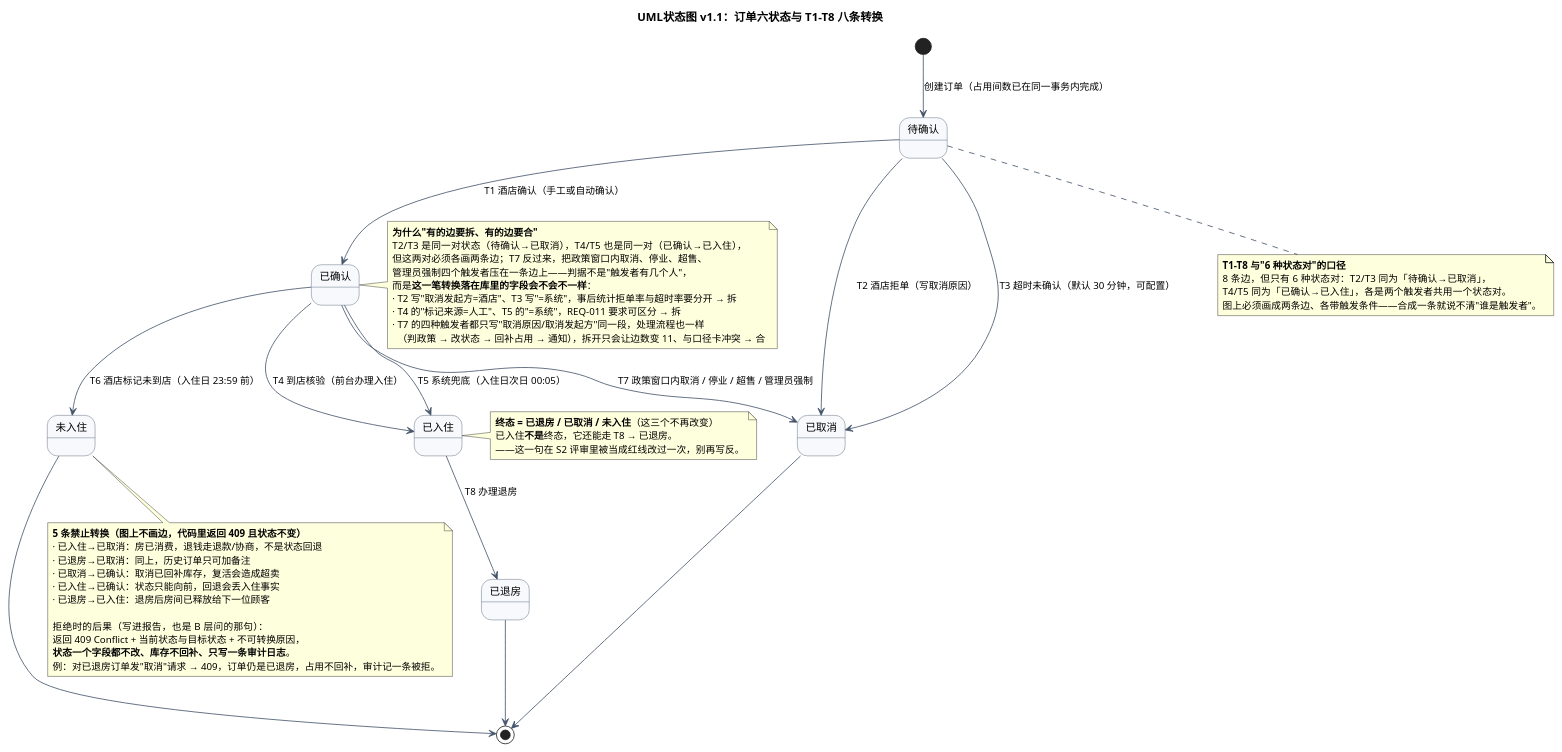
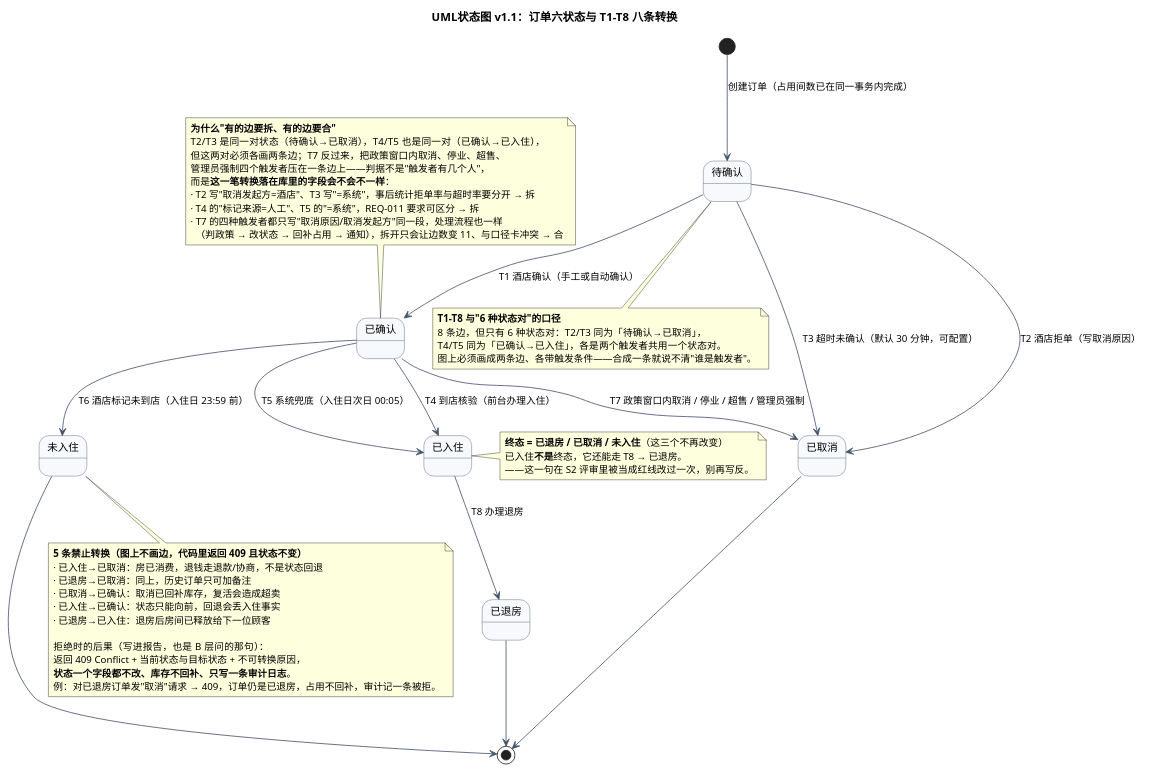
Before and after one commit to ChenYiFanAccount/softeng-lab1-requirements: the diagram in exp2/UML/UML状态图.puml, drawn with PlantUML. The commit also changed 1 other file, not shown here.

Commit message:
[S3-fix] 状态图元数据与版式对齐（版本行、注释位置、末尾换行、重渲染）
afb8ca2 只补了注释，四处元数据没跟上：文件头版本行还写着 v1.0，而标题
已经是 v1.1；note right of CONFIRMED 渲染后压住 T1 箭头和「6 种状态对」
注释；文件末尾缺换行；PNG 停留在 14:15 的旧渲染，图和源已经不一致。

本次只做这四件事，注释正文一字未改：版本行对齐 v1.1、note 改为
note top of CONFIRMED、补文件末尾换行、重渲染 PNG。
check.py --stage 3 复跑仍 20/20。

```diff
--- a/exp2/UML/UML状态图.puml
+++ b/exp2/UML/UML状态图.puml
@@ -1,83 +1,83 @@
 @startuml
-' 版本：v1.0（2026-11-12，S3 行为图 人工复核后补 T7 合并理由）
+' 版本：v1.1（2026-11-12，S3 行为图；人工复核后补 T7 合并理由）
 ' 口径来源：exp2/设计基线/01_术语与追溯.md §2（六状态字典 + T1–T8 + 5 条禁止转换）、
 '           exp2/设计基线/03_数据设计.md §2.6（订单状态字段）
 ' 硬约束：状态 = 6 个，带触发的转换边 = 8 条（T1–T8），与口径卡"8 条边 / 6 种状态对"逐条一致；
 '         5 条禁止转换画在注释里，不画成边——画成边就等于允许，评审会直接判红线。
 title UML状态图 v1.1：订单六状态与 T1–T8 八条转换
 
 skinparam shadowing false
 skinparam defaultFontSize 12
 skinparam ArrowColor #44546A
 skinparam state {
   BackgroundColor #F7F9FC
   BorderColor #44546A
   FontSize 13
 }
 
 state "待确认" as PENDING
 state "已确认" as CONFIRMED
 state "已入住" as CHECKED_IN
 state "已退房" as CHECKED_OUT
 state "已取消" as CANCELLED
 state "未入住" as NO_SHOW
 
 [*] --> PENDING : 创建订单（占用间数已在同一事务内完成）
 
 ' ---------- T1–T3：待确认的两条出路 ----------
 PENDING --> CONFIRMED : T1 酒店确认（手工或自动确认）
 PENDING --> CANCELLED : T2 酒店拒单（写取消原因）
 PENDING --> CANCELLED : T3 超时未确认（默认 30 分钟，可配置）
 
 ' ---------- T4–T7：已确认的四条出路 ----------
 CONFIRMED --> CHECKED_IN : T4 到店核验（前台办理入住）
 CONFIRMED --> CHECKED_IN : T5 系统兜底（入住日次日 00:05）
 CONFIRMED --> NO_SHOW : T6 酒店标记未到店（入住日 23:59 前）
 CONFIRMED --> CANCELLED : T7 政策窗口内取消 / 停业 / 超售 / 管理员强制
 
 ' ---------- T8：已入住的唯一出路 ----------
 CHECKED_IN --> CHECKED_OUT : T8 办理退房
 
 CHECKED_OUT --> [*]
 CANCELLED --> [*]
 NO_SHOW --> [*]
 
 note bottom of PENDING
   **T1–T8 与"6 种状态对"的口径**
   8 条边，但只有 6 种状态对：T2/T3 同为「待确认→已取消」，
   T4/T5 同为「已确认→已入住」，各是两个触发者共用一个状态对。
   图上必须画成两条边、各带触发条件——合成一条就说不清"谁是触发者"。
 end note
 
 note right of CHECKED_IN
   **终态 = 已退房 / 已取消 / 未入住**（这三个不再改变）
   已入住**不是**终态，它还能走 T8 → 已退房。
   ——这一句在 S2 评审里被当成红线改过一次，别再写反。
 end note
 
 note bottom of NO_SHOW
   **5 条禁止转换（图上不画边，代码里返回 409 且状态不变）**
   · 已入住→已取消：房已消费，退钱走退款/协商，不是状态回退
   · 已退房→已取消：同上，历史订单只可加备注
   · 已取消→已确认：取消已回补库存，复活会造成超卖
   · 已入住→已确认：状态只能向前，回退会丢入住事实
   · 已退房→已入住：退房后房间已释放给下一位顾客
 
   拒绝时的后果（写进报告，也是 B 层问的那句）：
   返回 409 Conflict + 当前状态与目标状态 + 不可转换原因，
   **状态一个字段都不改、库存不回补、只写一条审计日志**。
   例：对已退房订单发"取消"请求 → 409，订单仍是已退房，占用不回补，审计记一条被拒。
 end note
 
-note right of CONFIRMED
+note top of CONFIRMED
   **为什么"有的边要拆、有的边要合"**
   T2/T3 是同一对状态（待确认→已取消），T4/T5 也是同一对（已确认→已入住），
   但这两对必须各画两条边；T7 反过来，把政策窗口内取消、停业、超售、
   管理员强制四个触发者压在一条边上——判据不是"触发者有几个人"，
   而是**这一笔转换落在库里的字段会不会不一样**：
   · T2 写"取消发起方=酒店"、T3 写"=系统"，事后统计拒单率与超时率要分开 → 拆
   · T4 的"标记来源=人工"、T5 的"=系统"，REQ-011 要求可区分 → 拆
   · T7 的四种触发者都只写"取消原因/取消发起方"同一段，处理流程也一样
     （判政策 → 改状态 → 回补占用 → 通知），拆开只会让边数变 11、与口径卡冲突 → 合
 end note
 @enduml
```
